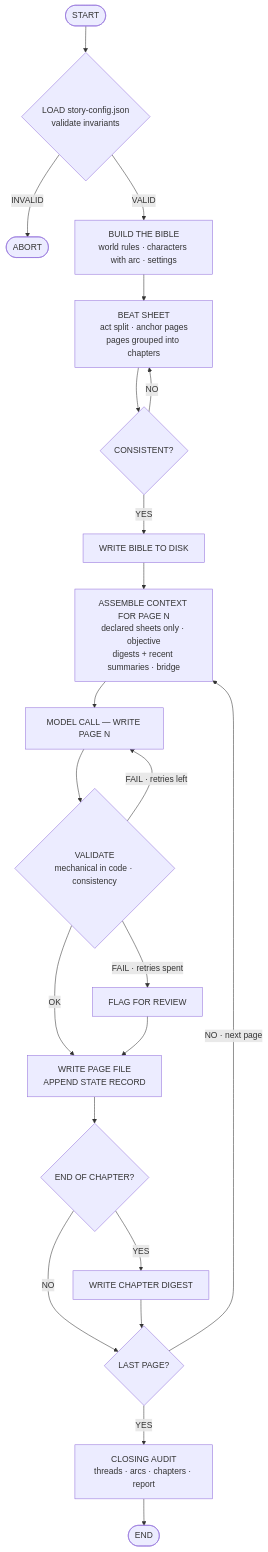
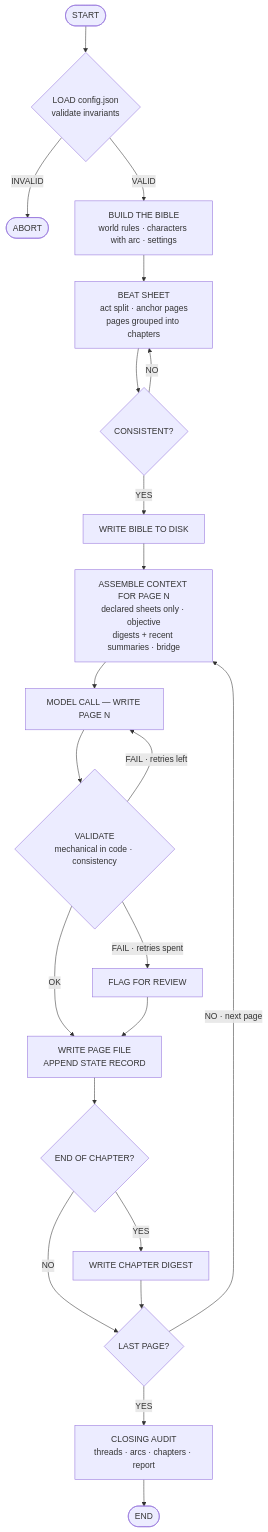
One commit to Asieribarz/my-story-marker changed the fourth of 4 diagrams in functional_specification_story_agent.md. Above: the diagram before and after it, drawn with Mermaid. The commit also changed other lines of this file and 2 other files, not shown here.

First line of the commit message:
Rename story-config.json to config.json

````diff
--- a/functional_specification_story_agent.md
+++ b/functional_specification_story_agent.md
@@ -349,24 +349,24 @@
 ```mermaid
 flowchart TD
-    INI([START]) --> CFG{"LOAD story-config.json<br/>validate invariants"}
+    INI([START]) --> CFG{"LOAD config.json<br/>validate invariants"}
     CFG -- INVALID --> ABORT([ABORT])
     CFG -- VALID --> GEN["BUILD THE BIBLE<br/>world rules · characters with arc · settings"]
     GEN --> SEP["BEAT SHEET<br/>act split · anchor pages<br/>pages grouped into chapters"]
     SEP --> GATE{"CONSISTENT?"}
     GATE -- NO --> SEP
     GATE -- YES --> DISK["WRITE BIBLE TO DISK"]
     DISK --> CTX["ASSEMBLE CONTEXT FOR PAGE N<br/>declared sheets only · objective<br/>digests + recent summaries · bridge"]
     CTX --> ESC["MODEL CALL — WRITE PAGE N"]
     ESC --> VAL{"VALIDATE<br/>mechanical in code · consistency"}
     VAL -- "FAIL · retries left" --> ESC
     VAL -- "FAIL · retries spent" --> FLAG["FLAG FOR REVIEW"]
     VAL -- OK --> SAVE
     FLAG --> SAVE["WRITE PAGE FILE<br/>APPEND STATE RECORD"]
     SAVE --> CH{"END OF CHAPTER?"}
     CH -- YES --> DIG["WRITE CHAPTER DIGEST"]
     CH -- NO --> DEC
     DIG --> DEC{"LAST PAGE?"}
     DEC -- "NO · next page" --> CTX
     DEC -- YES --> FINAL["CLOSING AUDIT<br/>threads · arcs · chapters · report"]
     FINAL --> FIN([END])
 ```
````
